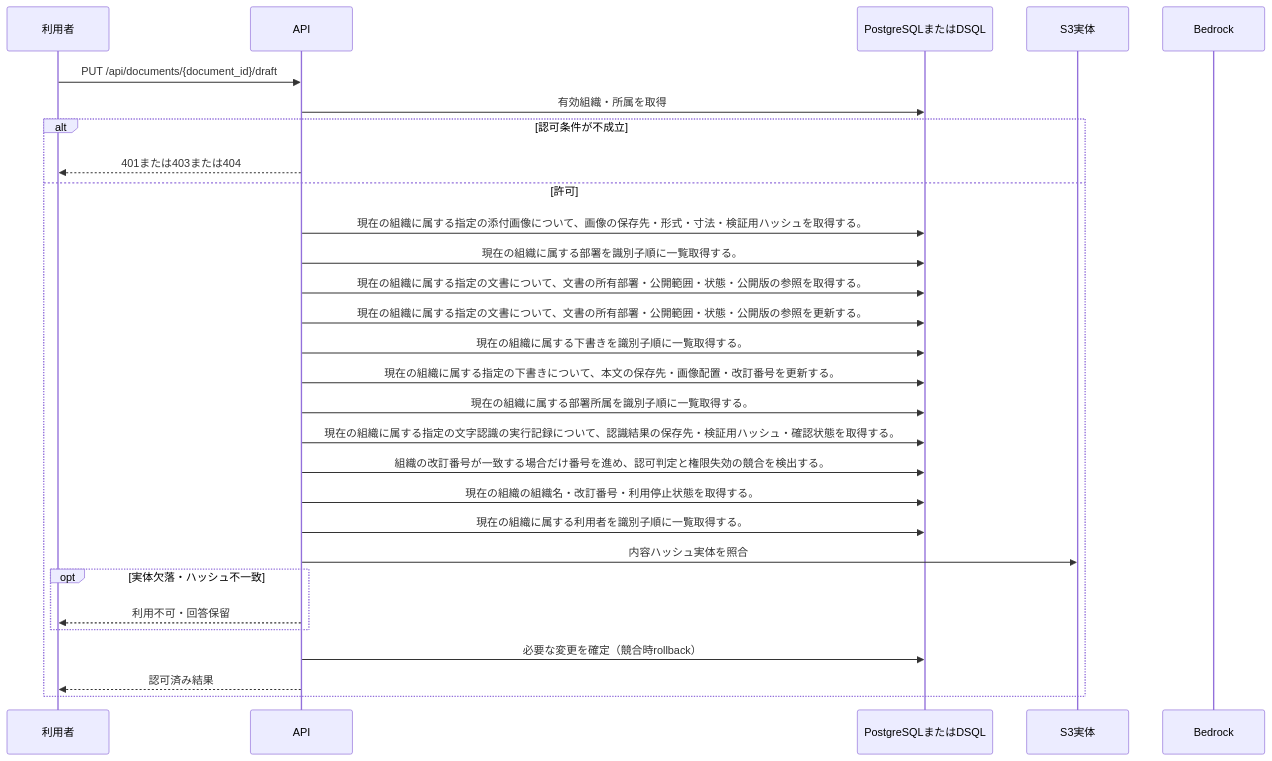
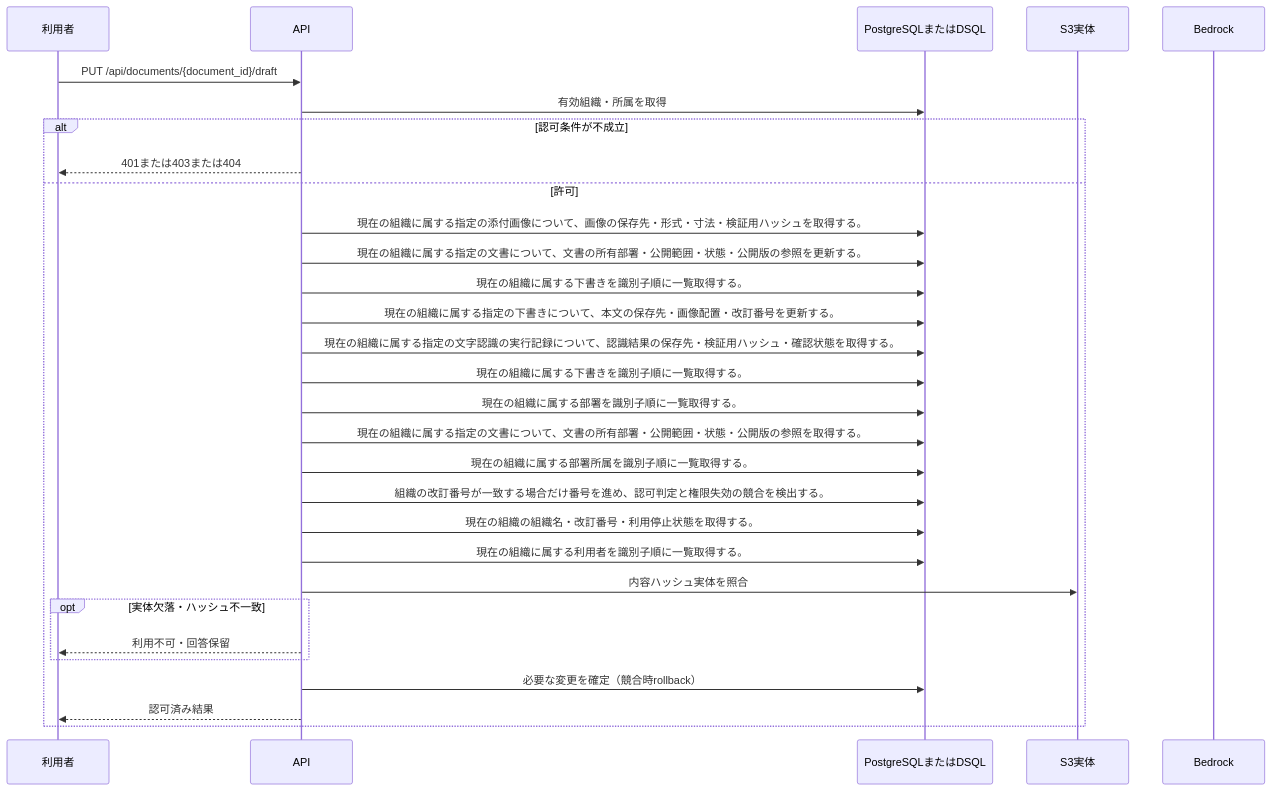
The diagram in docs/design/generated/api/documents/save_draft/sequence.md (tsuji-tomonori/KotoRelay), drawn with Mermaid before and after one commit. The commit also changed other lines of this file and 628 other files, not shown here.

````diff
--- a/docs/design/generated/api/documents/save_draft/sequence.md
+++ b/docs/design/generated/api/documents/save_draft/sequence.md
@@ -7,31 +7,32 @@
 ```mermaid
 sequenceDiagram
     participant U as 利用者
     participant A as API
     participant D as PostgreSQLまたはDSQL
     participant S as S3実体
     participant M as Bedrock
     U->>A: PUT /api/documents/{document_id}/draft
     A->>D: 有効組織・所属を取得
     alt 認可条件が不成立
         A-->>U: 401または403または404
     else 許可
         A->>D: 現在の組織に属する指定の添付画像について、画像の保存先・形式・寸法・検証用ハッシュを取得する。
-        A->>D: 現在の組織に属する部署を識別子順に一覧取得する。
-        A->>D: 現在の組織に属する指定の文書について、文書の所有部署・公開範囲・状態・公開版の参照を取得する。
         A->>D: 現在の組織に属する指定の文書について、文書の所有部署・公開範囲・状態・公開版の参照を更新する。
         A->>D: 現在の組織に属する下書きを識別子順に一覧取得する。
         A->>D: 現在の組織に属する指定の下書きについて、本文の保存先・画像配置・改訂番号を更新する。
+        A->>D: 現在の組織に属する指定の文字認識の実行記録について、認識結果の保存先・検証用ハッシュ・確認状態を取得する。
+        A->>D: 現在の組織に属する下書きを識別子順に一覧取得する。
+        A->>D: 現在の組織に属する部署を識別子順に一覧取得する。
+        A->>D: 現在の組織に属する指定の文書について、文書の所有部署・公開範囲・状態・公開版の参照を取得する。
         A->>D: 現在の組織に属する部署所属を識別子順に一覧取得する。
-        A->>D: 現在の組織に属する指定の文字認識の実行記録について、認識結果の保存先・検証用ハッシュ・確認状態を取得する。
         A->>D: 組織の改訂番号が一致する場合だけ番号を進め、認可判定と権限失効の競合を検出する。
         A->>D: 現在の組織の組織名・改訂番号・利用停止状態を取得する。
         A->>D: 現在の組織に属する利用者を識別子順に一覧取得する。
         A->>S: 内容ハッシュ実体を照合
         opt 実体欠落・ハッシュ不一致
             A-->>U: 利用不可・回答保留
         end
         A->>D: 必要な変更を確定（競合時rollback）
         A-->>U: 認可済み結果
     end
 ```
````
